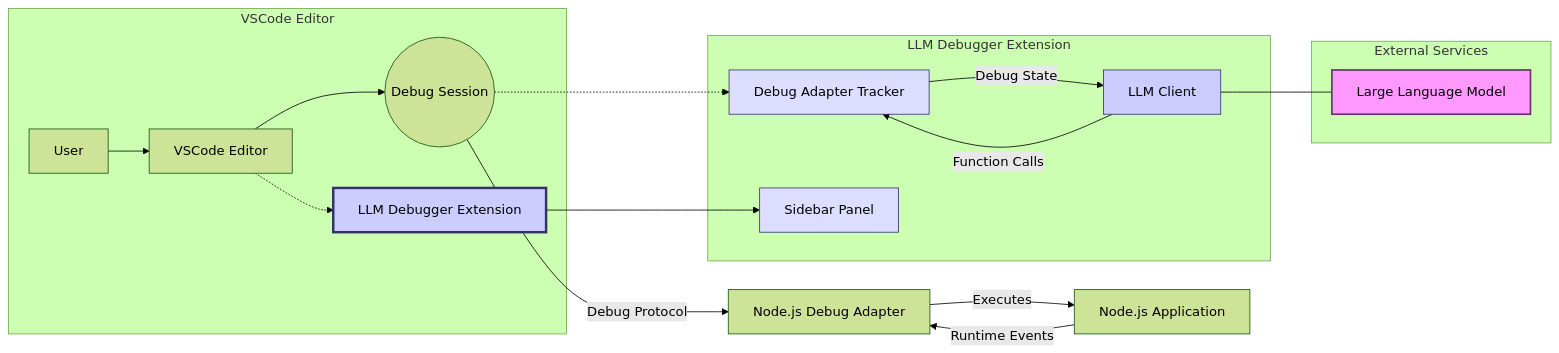
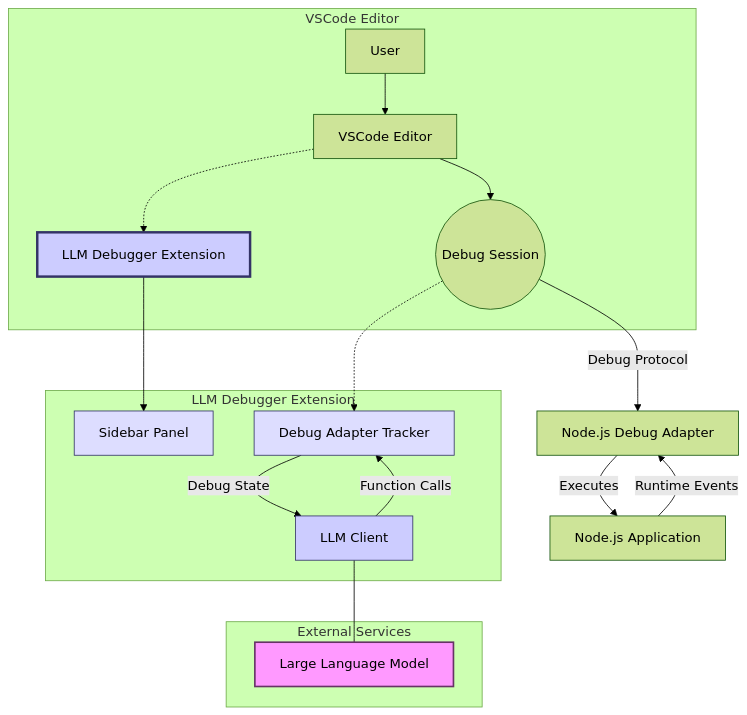
The diagram in README.md (mohsen1/llm-debugger-vscode-extension), drawn with Mermaid (forest theme) before and after one commit.

Commit message:
taler graph for README

````diff
--- a/README.md
+++ b/README.md
@@ -21,33 +21,31 @@
 ```mermaid
-graph LR
+graph TB
     subgraph "VSCode Editor"
         User[User] --> Editor[VSCode Editor]
         Editor --> DebugSession((Debug Session))
         Editor -.-> LLMDebuggerExt[LLM Debugger Extension]:::extension
     end
 
     subgraph "LLM Debugger Extension"
+        LLMDebuggerExt --> Sidebar[Sidebar Panel]:::extensionComponent
         DebugSession -.-> DebugAdapter[Debug Adapter Tracker]:::extensionComponent
         DebugAdapter -- Debug State --> LLMClient[LLM Client]:::extensionComponent
         LLMClient -- Function Calls --> DebugAdapter
-        LLMDebuggerExt --> Sidebar[Sidebar Panel]:::extensionComponent
-
     end
 
     subgraph "External Services"
       LLMClient --- LLM[Large Language Model]
     end
-
      DebugSession -- Debug Protocol --> NodeDebugAdapter[Node.js Debug Adapter]
     NodeDebugAdapter -- Executes --> NodeApp[Node.js Application]
     NodeApp -- Runtime Events --> NodeDebugAdapter
 
 
     classDef extension fill:#eef,stroke:#336,stroke-width:2px;
     classDef extensionComponent fill:#ddf,stroke:#336,stroke-width:1px;
     classDef externalService fill:#f9f,stroke:#333,stroke-width:2px;
 
     style LLMDebuggerExt fill:#ccf,stroke:#336,stroke-width:3px
     style LLMClient fill:#ccf,stroke:#336,stroke-width:1px
     style LLM fill:#f9f,stroke:#636,stroke-width:2px
 ```
````
